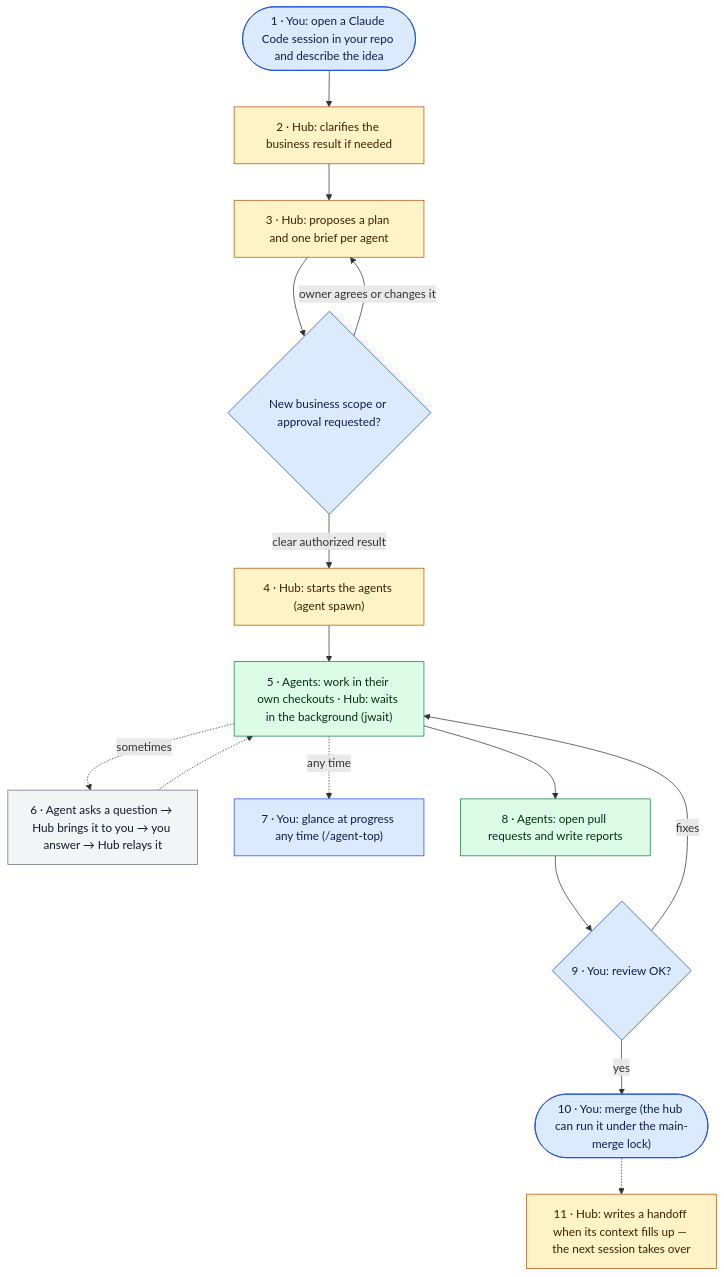
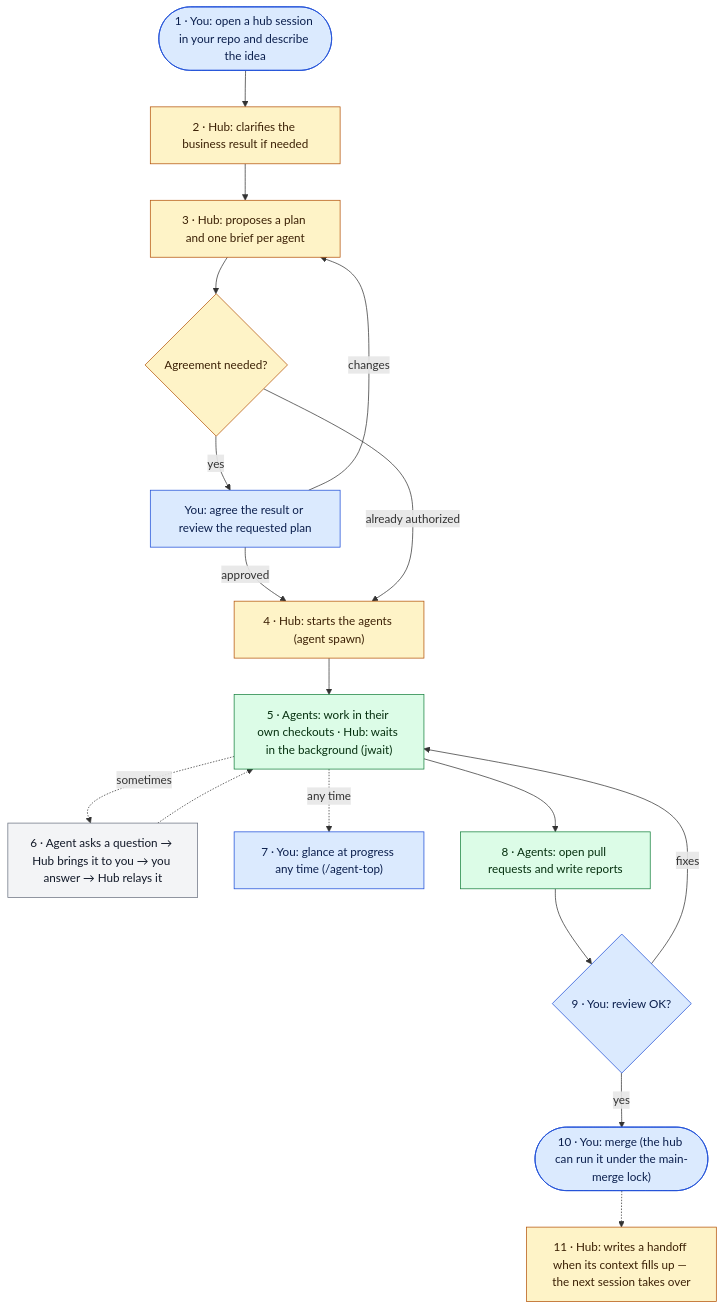
The diagram in docs/getting-started.md (ilya-kozyrev/claude-agent-hub), drawn with Mermaid before and after one commit. The commit also changed other lines of this file and 1 other file, not shown here.

Commit message:
Уточнить ветки согласования и формулировки бизнес-результата

````diff
--- a/docs/getting-started.md
+++ b/docs/getting-started.md
@@ -18,33 +18,36 @@
 ```mermaid
 flowchart TB
-    s1(["1 · You: open a Claude Code session in your repo and describe the idea"])
+    s1(["1 · You: open a hub session in your repo and describe the idea"])
     s2["2 · Hub: clarifies the business result if needed"]
     s3["3 · Hub: proposes a plan and one brief per agent"]
-    s3q{"New business scope or approval requested?"}
+    s3q{"Agreement needed?"}
+    owner["You: agree the result or review the requested plan"]
     s4["4 · Hub: starts the agents (agent spawn)"]
     s5["5 · Agents: work in their own checkouts · Hub: waits in the background (jwait)"]
     s6["6 · Agent asks a question → Hub brings it to you → you answer → Hub relays it"]
     s7["7 · You: glance at progress any time (/agent-top)"]
     s8["8 · Agents: open pull requests and write reports"]
     s9{"9 · You: review OK?"}
     s10(["10 · You: merge (the hub can run it under the main-merge lock)"])
     s11["11 · Hub: writes a handoff when its context fills up — the next session takes over"]
 
     s1 --> s2 --> s3 --> s3q
-    s3q -- "owner agrees or changes it" --> s3
-    s3q -- "clear authorized result" --> s4 --> s5 --> s8 --> s9
+    s3q -- "yes" --> owner
+    owner -- "approved" --> s4
+    owner -- "changes" --> s3
+    s3q -- "already authorized" --> s4 --> s5 --> s8 --> s9
     s5 -. "sometimes" .-> s6 -.-> s5
     s5 -. "any time" .-> s7
     s9 -- "fixes" --> s5
     s9 -- "yes" --> s10
     s10 -.-> s11
 
     classDef you fill:#dbeafe,stroke:#1d4ed8,color:#0b1f4d
     classDef hub fill:#fef3c7,stroke:#b45309,color:#3b2005
     classDef agents fill:#dcfce7,stroke:#15803d,color:#05300f
     classDef mixed fill:#f3f4f6,stroke:#6b7280,color:#111827
-    class s1,s3q,s7,s9,s10 you
-    class s2,s3,s4,s11 hub
+    class s1,owner,s7,s9,s10 you
+    class s2,s3,s3q,s4,s11 hub
     class s5,s8 agents
     class s6 mixed
 ```
````
